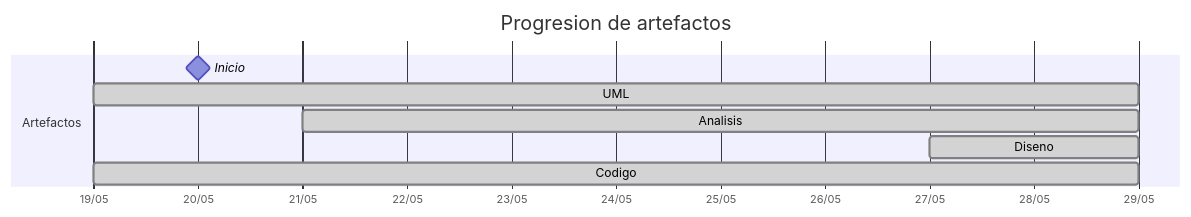
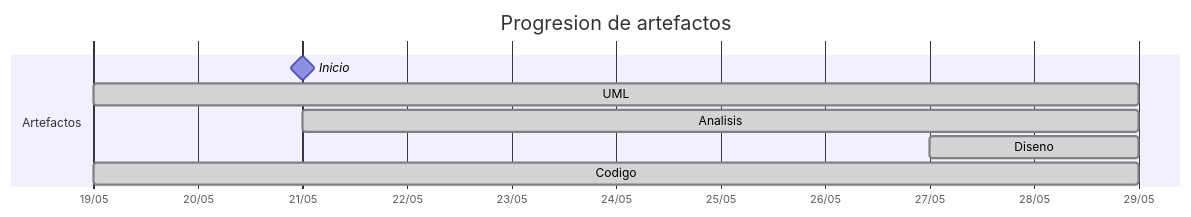
Before and after one commit to carlos-alvarado-25/25-26-idsw2-sdVC: the diagram in TIMELINES/martinlopez7.md, drawn with Mermaid. The commit also changed other lines of this file and 12 other files, not shown here.

````diff
--- a/TIMELINES/martinlopez7.md
+++ b/TIMELINES/martinlopez7.md
@@ -22,12 +22,12 @@
 ```mermaid
 gantt
     title Progresion de artefactos
     dateFormat YYYY-MM-DD
     axisFormat %d/%m
     section Artefactos
-        Inicio       :milestone, 2026-05-20, 0d
+        Inicio       :milestone, 2026-05-21, 0d
         UML          :done, 2026-05-19, 2026-05-29
         Analisis     :done, 2026-05-21, 2026-05-29
         Diseno       :done, 2026-05-27, 2026-05-29
         Codigo       :done, 2026-05-19, 2026-05-29
 ```
````
